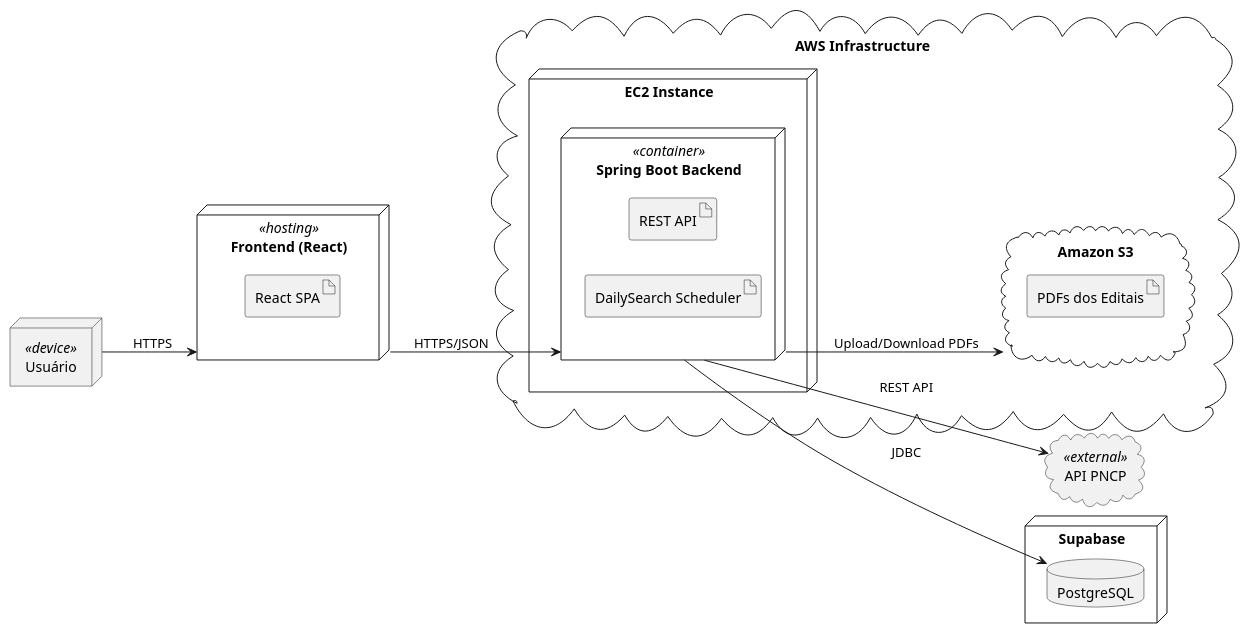
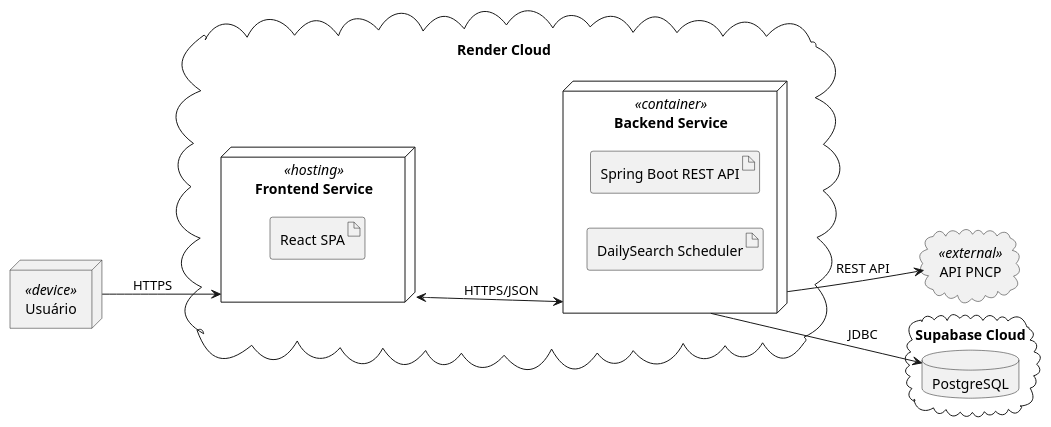
Before and after one commit to LiveiraO2110/eng-software-kurt-mod1: the diagram in docs/arquitetura/diagrama_de_implementacao.puml, drawn with PlantUML.

```diff
--- a/docs/arquitetura/diagrama_de_implementacao.puml
+++ b/docs/arquitetura/diagrama_de_implementacao.puml
@@ -1,43 +1,34 @@
 @startuml Deploy_Prospeccao
 
 skinparam backgroundColor white
 left to right direction
 
 node "Usuário" as User <<device>>
 
-node "Frontend (React)" as Frontend <<hosting>> {
-    artifact "React SPA"
-}
+cloud "Render Cloud" as Render {
 
-cloud "AWS Infrastructure" as AWS {
-
-    node "EC2 Instance" as EC2 {
-
-        node "Spring Boot Backend" as Spring <<container>> {
-            artifact "REST API"
-            artifact "DailySearch Scheduler"
-        }
-
+    node "Frontend Service" as Frontend <<hosting>> {
+        artifact "React SPA"
     }
 
-    cloud "Amazon S3" as Storage {
-        artifact "PDFs dos Editais"
+    node "Backend Service" as Spring <<container>> {
+        artifact "Spring Boot REST API"
+        artifact "DailySearch Scheduler"
     }
 }
 
-node "Supabase" as Supabase {
+cloud "Supabase Cloud" as Supabase {
     database "PostgreSQL" as PostgreSQL
 }
 
 cloud "API PNCP" as PNCP <<external>>
 
 User --> Frontend : HTTPS
 
-Frontend --> Spring : HTTPS/JSON
+Frontend <--> Spring : HTTPS/JSON
 
 Spring --> PostgreSQL : JDBC
-Spring --> Storage : Upload/Download PDFs
 
 Spring --> PNCP : REST API
 
 @enduml
```
